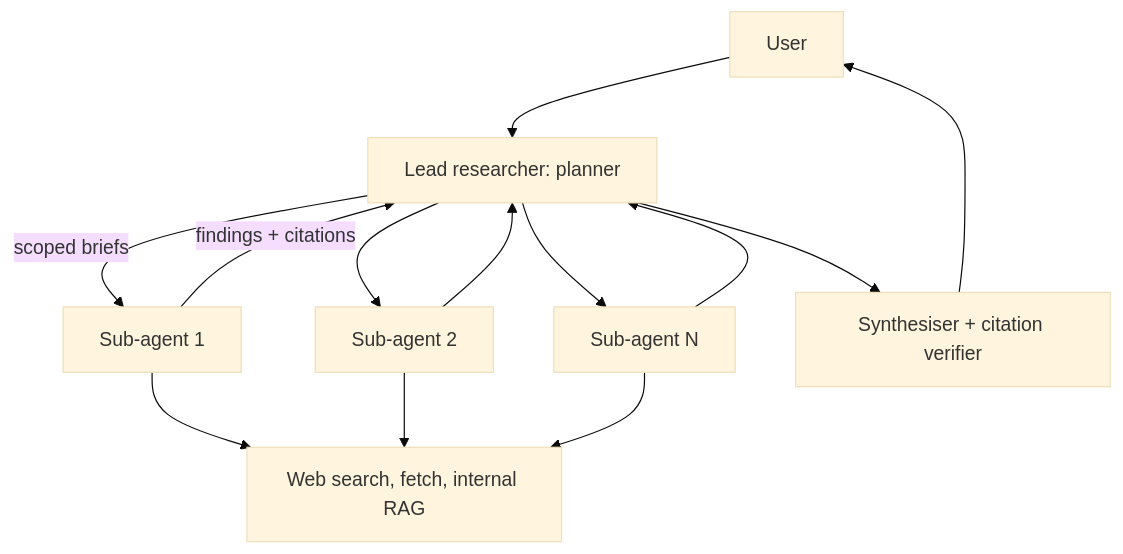
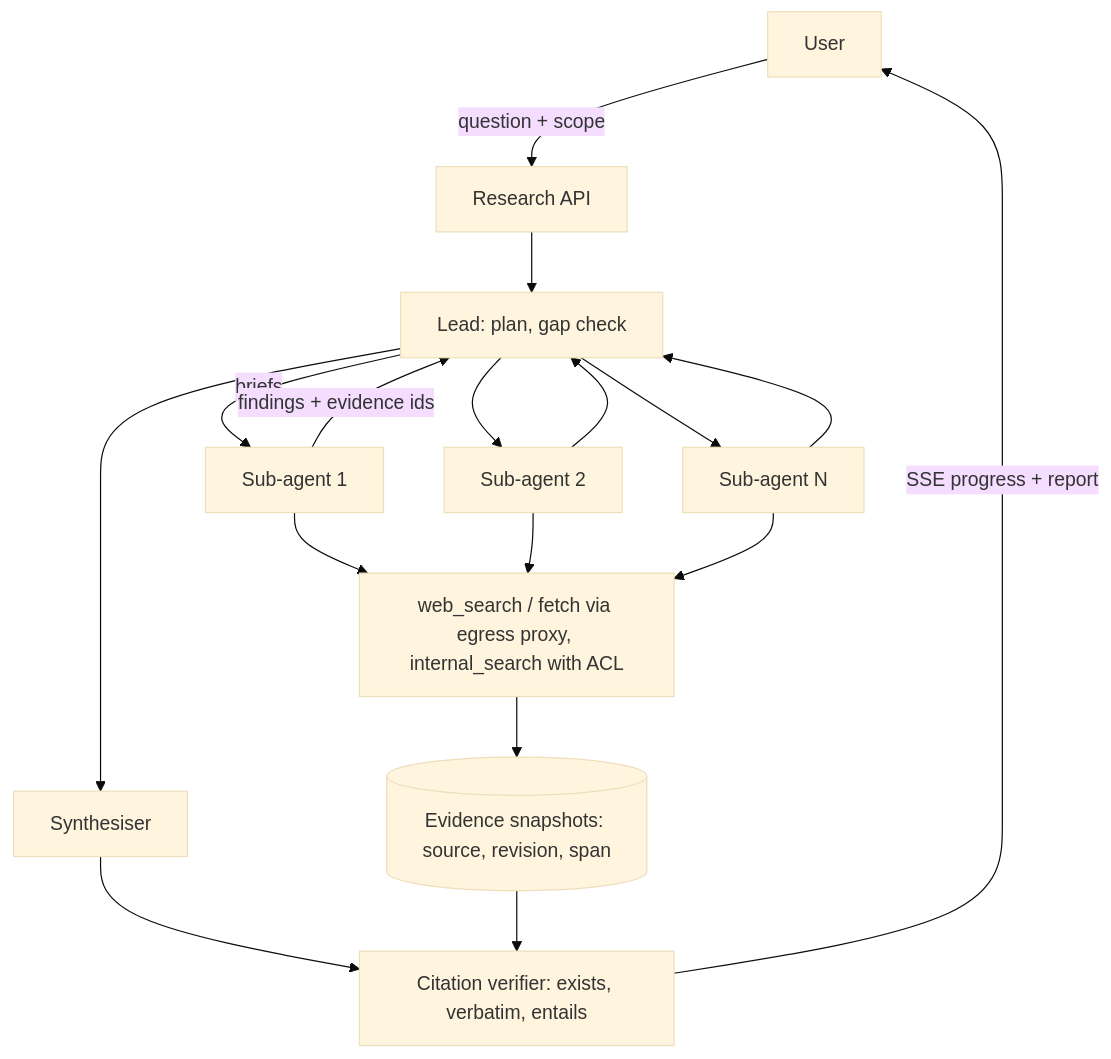
Before and after one commit to zekkrron/cs-knowledge-base: the first of 5 diagrams in Agentic/Problems/05 - Deep Research Agent.md, drawn with Mermaid (base theme). The commit also changed other lines of this file and 46 other files, not shown here.

````diff
--- a/Agentic/Problems/05 - Deep Research Agent.md
+++ b/Agentic/Problems/05 - Deep Research Agent.md
@@ -23,15 +109,18 @@
 ```mermaid
 flowchart TD
-    U[User] --> ORC[Lead researcher: planner]
-    ORC -->|scoped briefs| W1[Sub-agent 1]
-    ORC --> W2[Sub-agent 2]
-    ORC --> W3[Sub-agent N]
-    W1 --> TOOLS[Web search, fetch, internal RAG]
-    W2 --> TOOLS
-    W3 --> TOOLS
-    W1 -->|findings + citations| ORC
-    W2 --> ORC
-    W3 --> ORC
-    ORC --> SYN[Synthesiser + citation verifier]
-    SYN --> U
+    U[User] -->|question + scope| API[Research API]
+    API --> LEAD[Lead: plan, gap check]
+    LEAD -->|briefs| S1[Sub-agent 1]
+    LEAD --> S2[Sub-agent 2]
+    LEAD --> S3[Sub-agent N]
+    S1 --> TOOLS[web_search / fetch via egress proxy, internal_search with ACL]
+    S2 --> TOOLS
+    S3 --> TOOLS
+    TOOLS --> EV[(Evidence snapshots: source, revision, span)]
+    S1 -->|findings + evidence ids| LEAD
+    S2 --> LEAD
+    S3 --> LEAD
+    LEAD --> SYN[Synthesiser] --> VER[Citation verifier: exists, verbatim, entails]
+    EV --> VER
+    VER -->|SSE progress + report| U
 ```
````
